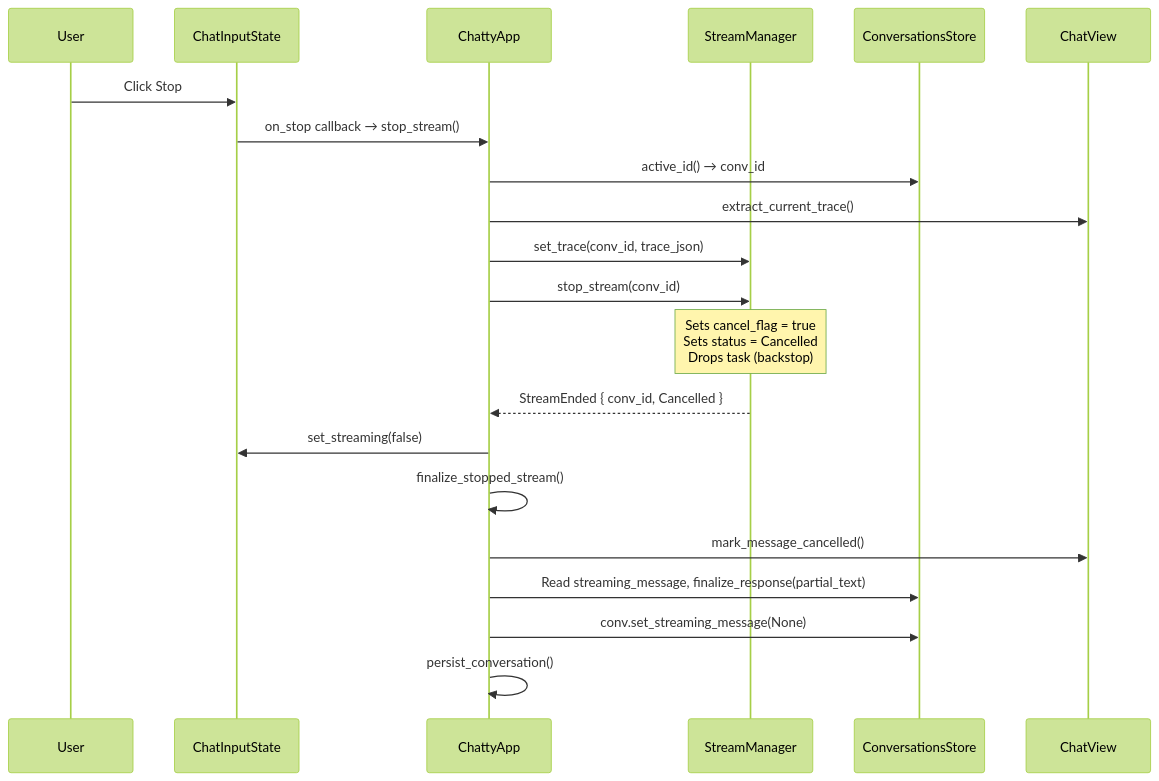
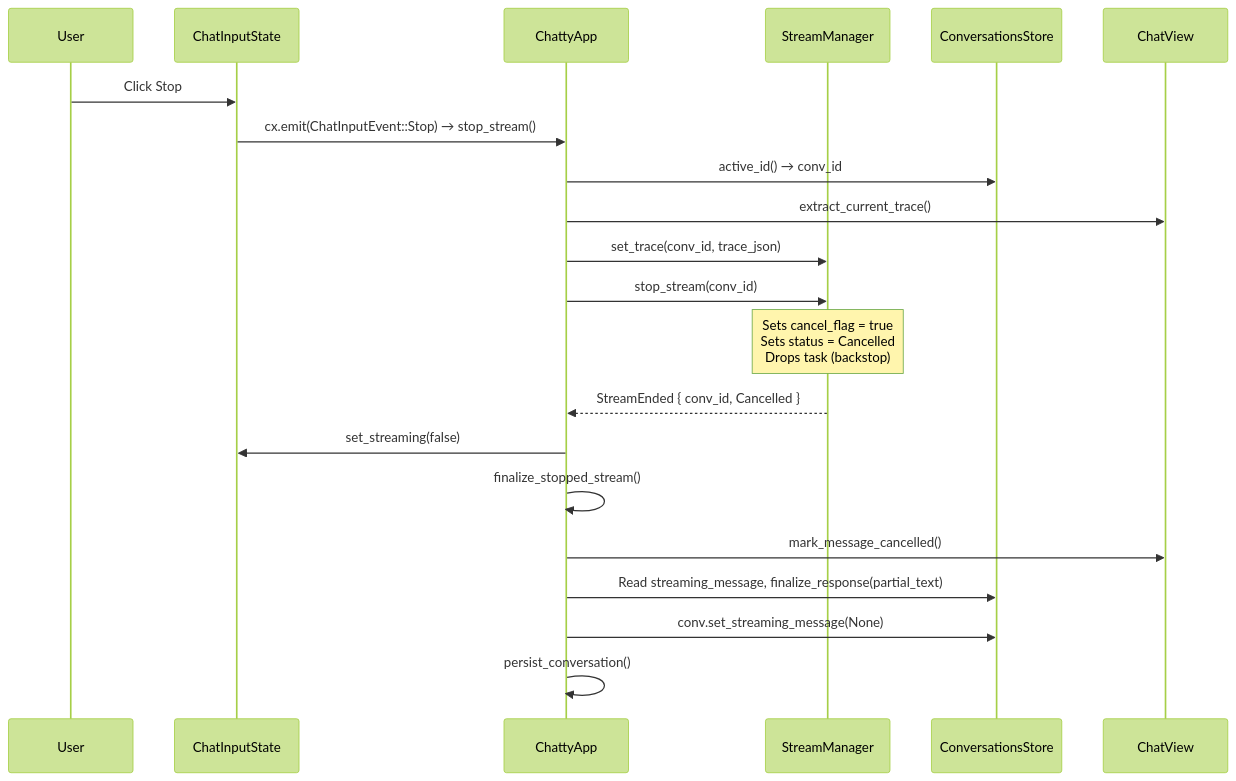
Before and after one commit to boersmamarcel/chatty2: the fifth of 6 diagrams in docs/stream-manager.md, drawn with Mermaid (forest theme). The commit also changed other lines of this file and 4 other files, not shown here.

````diff
--- a/docs/stream-manager.md
+++ b/docs/stream-manager.md
@@ -249,26 +247,26 @@
 ```mermaid
 sequenceDiagram
     participant U as User
     participant CIS as ChatInputState
     participant CA as ChattyApp
     participant SM as StreamManager
     participant CS as ConversationsStore
     participant CV as ChatView
 
     U->>CIS: Click Stop
-    CIS->>CA: on_stop callback → stop_stream()
+    CIS->>CA: cx.emit(ChatInputEvent::Stop) → stop_stream()
     CA->>CS: active_id() → conv_id
     CA->>CV: extract_current_trace()
     CA->>SM: set_trace(conv_id, trace_json)
     CA->>SM: stop_stream(conv_id)
 
     Note over SM: Sets cancel_flag = true<br/>Sets status = Cancelled<br/>Drops task (backstop)
 
     SM-->>CA: StreamEnded { conv_id, Cancelled }
     CA->>CIS: set_streaming(false)
     CA->>CA: finalize_stopped_stream()
     CA->>CV: mark_message_cancelled()
     CA->>CS: Read streaming_message, finalize_response(partial_text)
     CA->>CS: conv.set_streaming_message(None)
     CA->>CA: persist_conversation()
 ```
````
